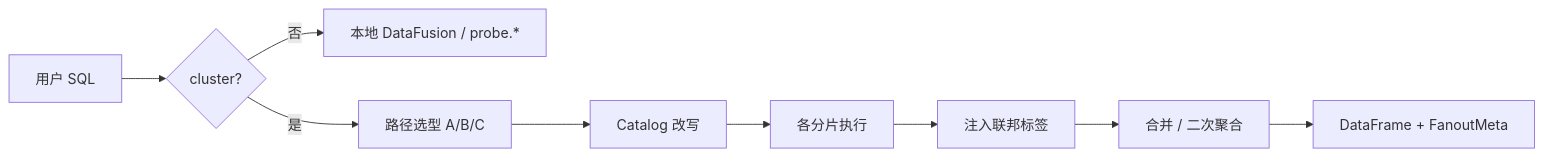
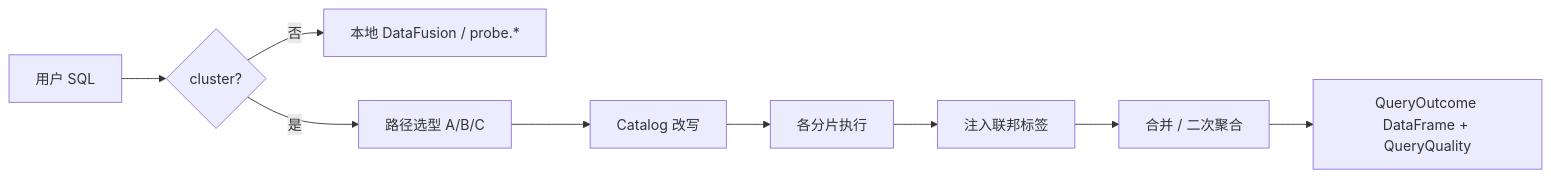
One commit to DeepLink-org/probing changed the first of 2 diagrams in docs/src/design/federation.zh.md. Above: the diagram before and after it, drawn with Mermaid. The commit also changed other lines of this file and 59 other files, not shown here.

````diff
--- a/docs/src/design/federation.zh.md
+++ b/docs/src/design/federation.zh.md
@@ -234,11 +234,11 @@
 ```mermaid
 flowchart LR
     IN[用户 SQL] --> CF{cluster?}
     CF -->|否| L0[本地 DataFusion / probe.*]
     CF -->|是| RT[路径选型 A/B/C]
     RT --> RW[Catalog 改写]
     RW --> EX[各分片执行]
     EX --> TG[注入联邦标签]
     TG --> MG[合并 / 二次聚合]
-    MG --> OUT[DataFrame + FanoutMeta]
+    MG --> OUT[QueryOutcome DataFrame + QueryQuality]
 ```
````
